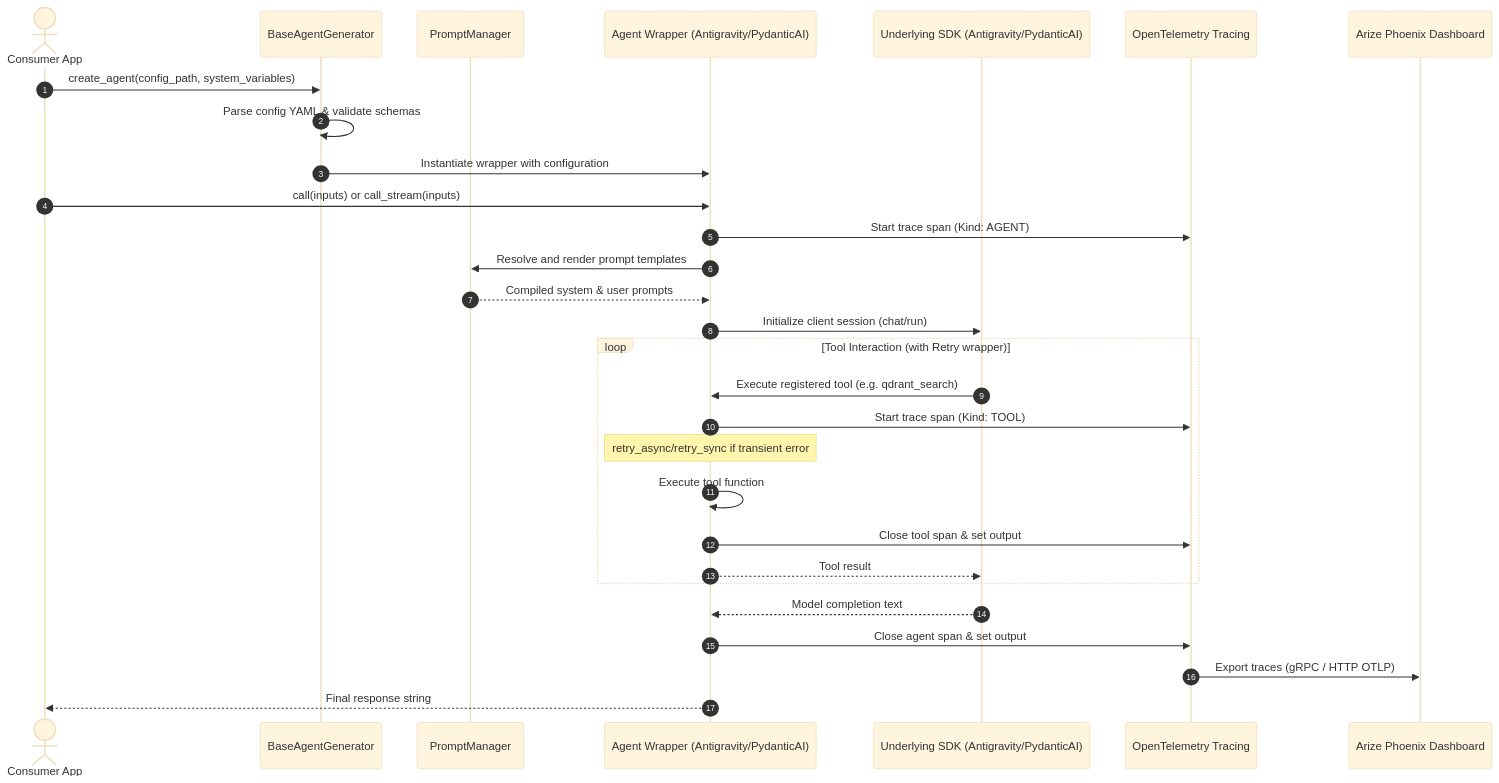
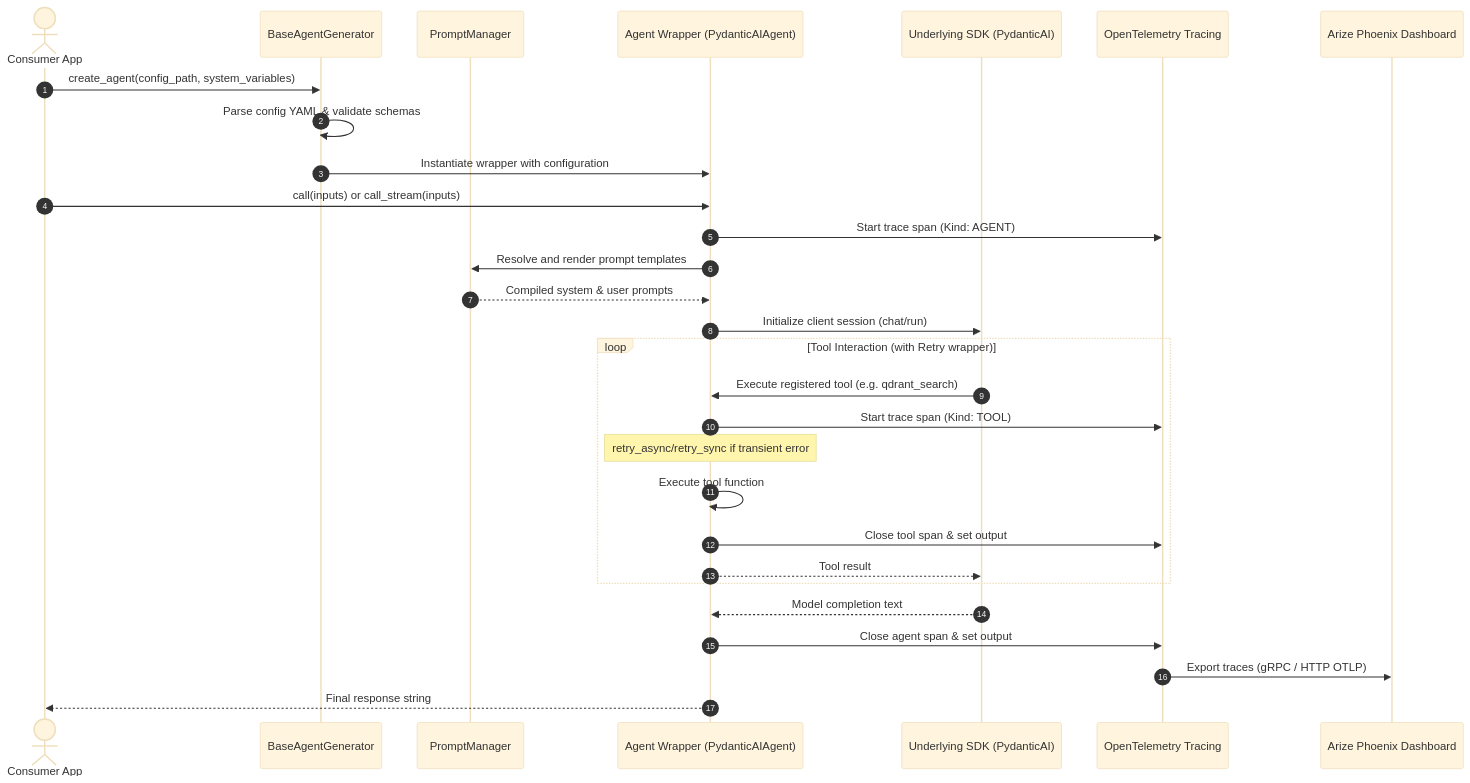
One commit to fortis3000/agentic_template changed the second of 4 diagrams in docs/architecture/diagrams.md. Above: the diagram before and after it, drawn with Mermaid (base theme). The commit also changed other lines of this file and 24 other files, not shown here.

Commit message:
refactor(agents): exclude google antigravity agent (#73) (#75)

````diff
--- a/docs/architecture/diagrams.md
+++ b/docs/architecture/diagrams.md
@@ -62,32 +56,32 @@
 ```mermaid
 sequenceDiagram
     autonumber
     actor User as Consumer App
     participant Gen as BaseAgentGenerator
     participant PM as PromptManager
-    participant Wrapper as Agent Wrapper (Antigravity/PydanticAI)
-    participant SDK as Underlying SDK (Antigravity/PydanticAI)
+    participant Wrapper as Agent Wrapper (PydanticAIAgent)
+    participant SDK as Underlying SDK (PydanticAI)
     participant OTel as OpenTelemetry Tracing
     participant Phoenix as Arize Phoenix Dashboard
 
     User->>Gen: create_agent(config_path, system_variables)
     Gen->>Gen: Parse config YAML & validate schemas
     Gen->>Wrapper: Instantiate wrapper with configuration
     User->>Wrapper: call(inputs) or call_stream(inputs)
     Wrapper->>OTel: Start trace span (Kind: AGENT)
     Wrapper->>PM: Resolve and render prompt templates
     PM-->>Wrapper: Compiled system & user prompts
     Wrapper->>SDK: Initialize client session (chat/run)
     loop Tool Interaction (with Retry wrapper)
         SDK->>Wrapper: Execute registered tool (e.g. qdrant_search)
         Wrapper->>OTel: Start trace span (Kind: TOOL)
         note over Wrapper: retry_async/retry_sync if transient error
         Wrapper->>Wrapper: Execute tool function
         Wrapper->>OTel: Close tool span & set output
         Wrapper-->>SDK: Tool result
     end
     SDK-->>Wrapper: Model completion text
     Wrapper->>OTel: Close agent span & set output
     OTel->>Phoenix: Export traces (gRPC / HTTP OTLP)
     Wrapper-->>User: Final response string
 ```
````
